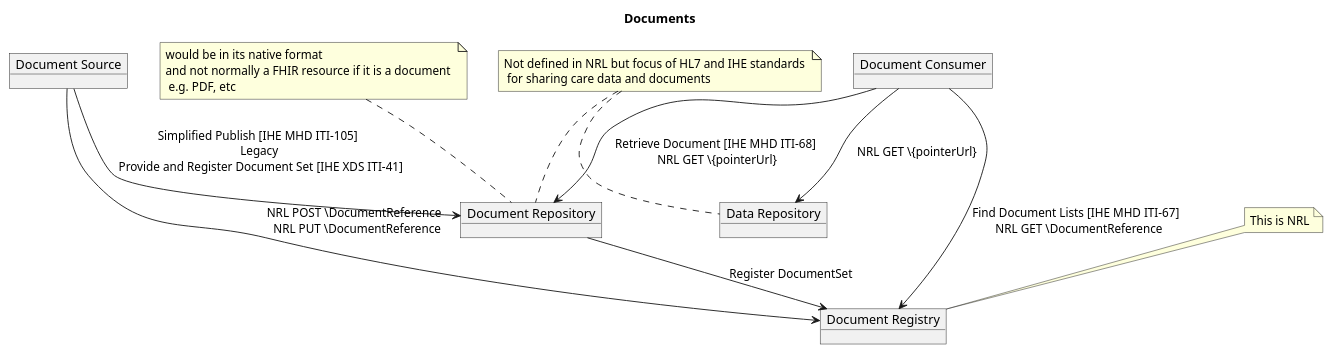
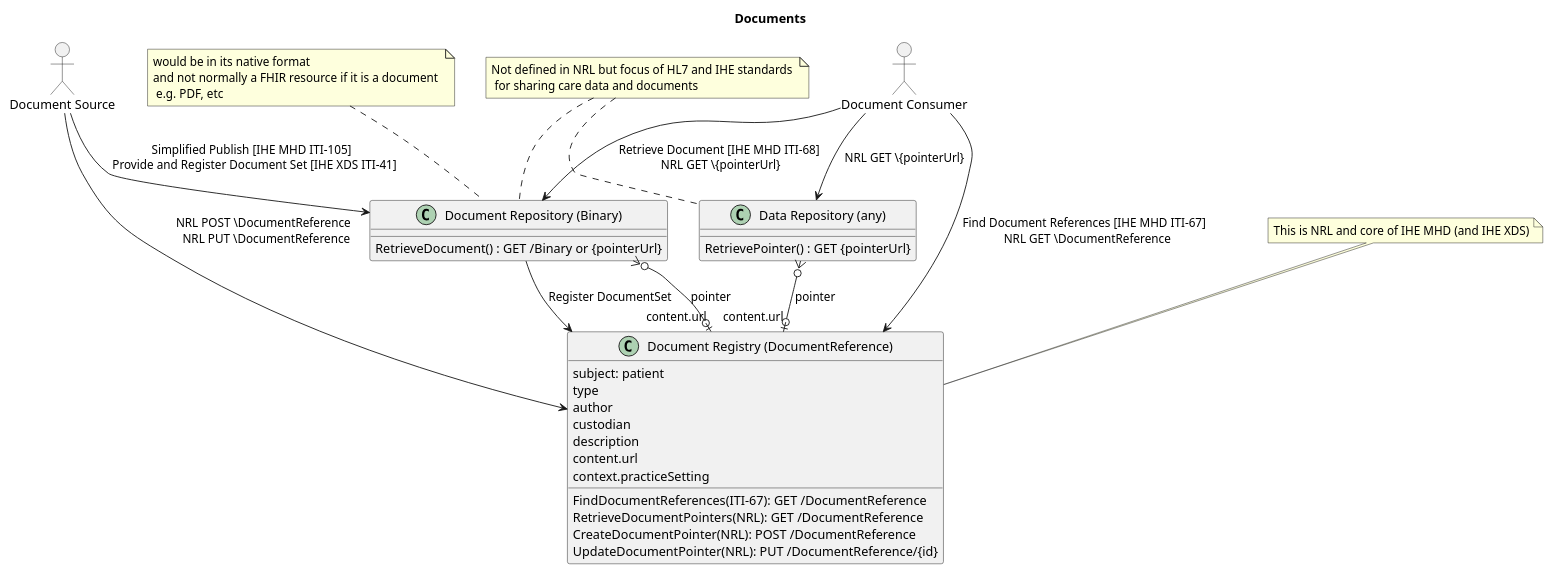
Before and after one commit to NHSDigital/interoperability-standards-documentation: the diagram in input/images-source/documentation-module.plantuml, drawn with PlantUML. The commit also changed 344 other files, not shown here.

```diff
--- a/input/images-source/documentation-module.plantuml
+++ b/input/images-source/documentation-module.plantuml
@@ -1,43 +1,56 @@
 @startuml
 
 title Documents
 
-object "Document Source" as documentSource {
+mix_actor "Document Source" as documentSource
+
+
+class "Document Registry (DocumentReference)" as documentRegistry {
+   subject: patient
+   type
+   author
+   custodian
+   description
+   content.url
+   context.practiceSetting
+   FindDocumentReferences(ITI-67): GET /DocumentReference
+   RetrieveDocumentPointers(NRL): GET /DocumentReference
+   CreateDocumentPointer(NRL): POST /DocumentReference
+   UpdateDocumentPointer(NRL): PUT /DocumentReference/{id}
+}
+
+
+class "Document Repository (Binary)" as documentRepository {
+  RetrieveDocument() : GET /Binary or {pointerUrl}
 
 }
 
-
-object "Document Registry" as documentRegistry {
-
-}
-
-object "Document Repository" as documentRepository {
-
-}
-
-object "Data Repository" as dataRepository {
-
+class "Data Repository (any)" as dataRepository {
+  RetrievePointer() : GET {pointerUrl}
 }
 
 
-object "Document Consumer" as documentConsumer {
 
-}
+mix_actor "Document Consumer" as documentConsumer
 
-documentSource --> documentRepository : Simplified Publish [IHE MHD ITI-105] \n Legacy \n Provide and Register Document Set [IHE XDS ITI-41]
+
+documentSource --> documentRepository : Simplified Publish [IHE MHD ITI-105] \n Provide and Register Document Set [IHE XDS ITI-41]
 documentRepository --> documentRegistry : Register DocumentSet
+documentRepository }o--o| "content.url" documentRegistry: pointer
+dataRepository }o--o| "content.url" documentRegistry: pointer
 documentSource --> documentRegistry: NRL POST \DocumentReference \n NRL PUT \DocumentReference
-documentConsumer --> documentRegistry: Find Document Lists [IHE MHD ITI-67] \n NRL GET \DocumentReference
+documentConsumer --> documentRegistry: Find Document References [IHE MHD ITI-67] \n NRL GET \DocumentReference
 documentConsumer --> documentRepository: Retrieve Document [IHE MHD ITI-68]\n NRL GET \{pointerUrl}
 documentConsumer --> dataRepository: NRL GET \{pointerUrl}
 
 note "would be in its native format \nand not normally a FHIR resource if it is a document \n e.g. PDF, etc" as raw
-note "This is NRL" as nrl
+note "This is NRL and core of IHE MHD (and IHE XDS)" as nrl
 note "Not defined in NRL but focus of HL7 and IHE standards \n for sharing care data and documents" as ihe
+
 
 raw .. documentRepository
 nrl .. documentRegistry
 ihe .. dataRepository
 ihe .. documentRepository
 
 @enduml
```
